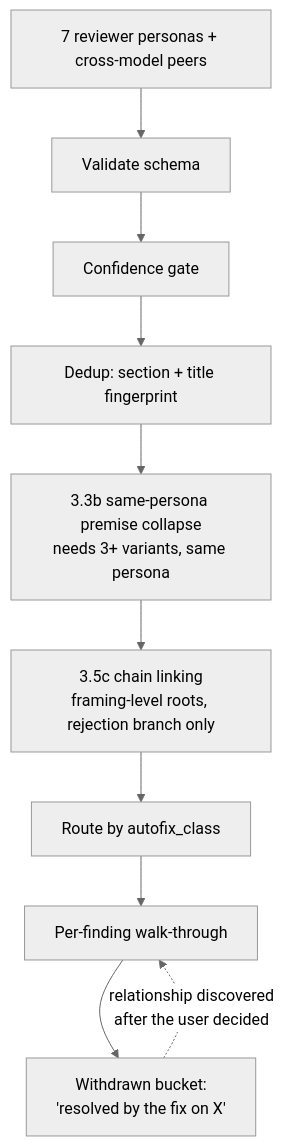
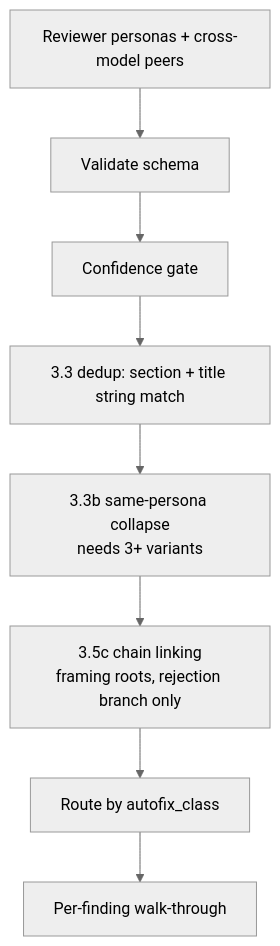
The first of 3 diagrams in docs/plans/2026-08-12-003-fix-doc-review-decision-clustering-plan.md (EveryInc/compound-engineering-plugin), drawn with Mermaid (neutral theme) before and after one commit. The commit also changed other lines of this file, not shown here.

````diff
--- a/docs/plans/2026-08-12-003-fix-doc-review-decision-clustering-plan.md
+++ b/docs/plans/2026-08-12-003-fix-doc-review-decision-clustering-plan.md
@@ -180,12 +185,10 @@
 ```mermaid
 flowchart TD
-    P[7 reviewer personas + cross-model peers] --> V[Validate schema]
+    P[Reviewer personas + cross-model peers] --> V[Validate schema]
     V --> G[Confidence gate]
-    G --> D3["Dedup: section + title fingerprint"]
-    D3 --> D3B["3.3b same-persona premise collapse<br/>needs 3+ variants, same persona"]
-    D3B --> D5C["3.5c chain linking<br/>framing-level roots, rejection branch only"]
+    G --> D3["3.3 dedup: section + title string match"]
+    D3 --> D3B["3.3b same-persona collapse<br/>needs 3+ variants"]
+    D3B --> D5C["3.5c chain linking<br/>framing roots, rejection branch only"]
     D5C --> R[Route by autofix_class]
     R --> W[Per-finding walk-through]
-    W --> WD["Withdrawn bucket:<br/>'resolved by the fix on X'"]
-    WD -.->|relationship discovered<br/>after the user decided| W
 ```
````
